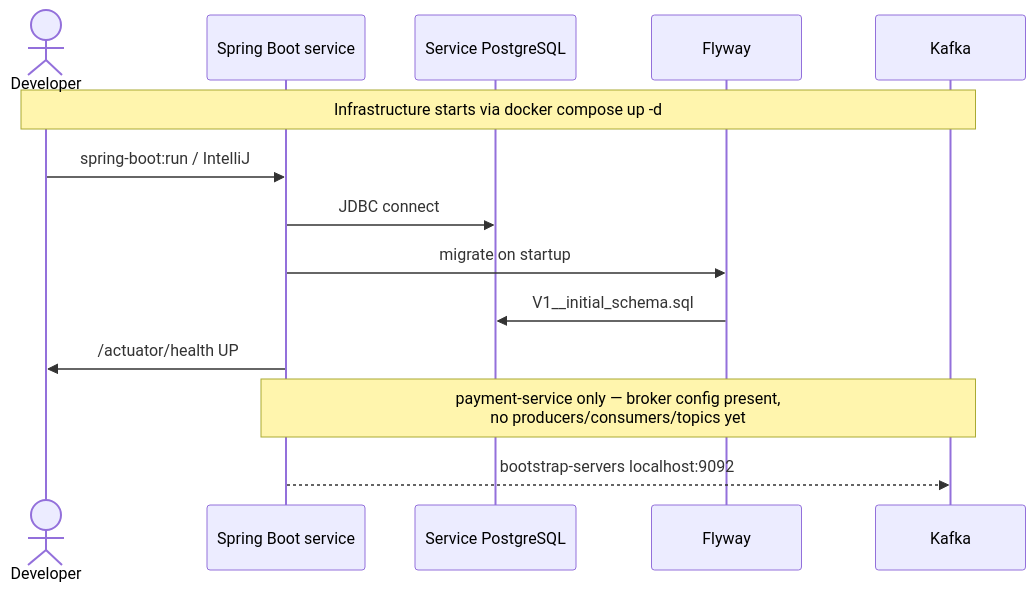
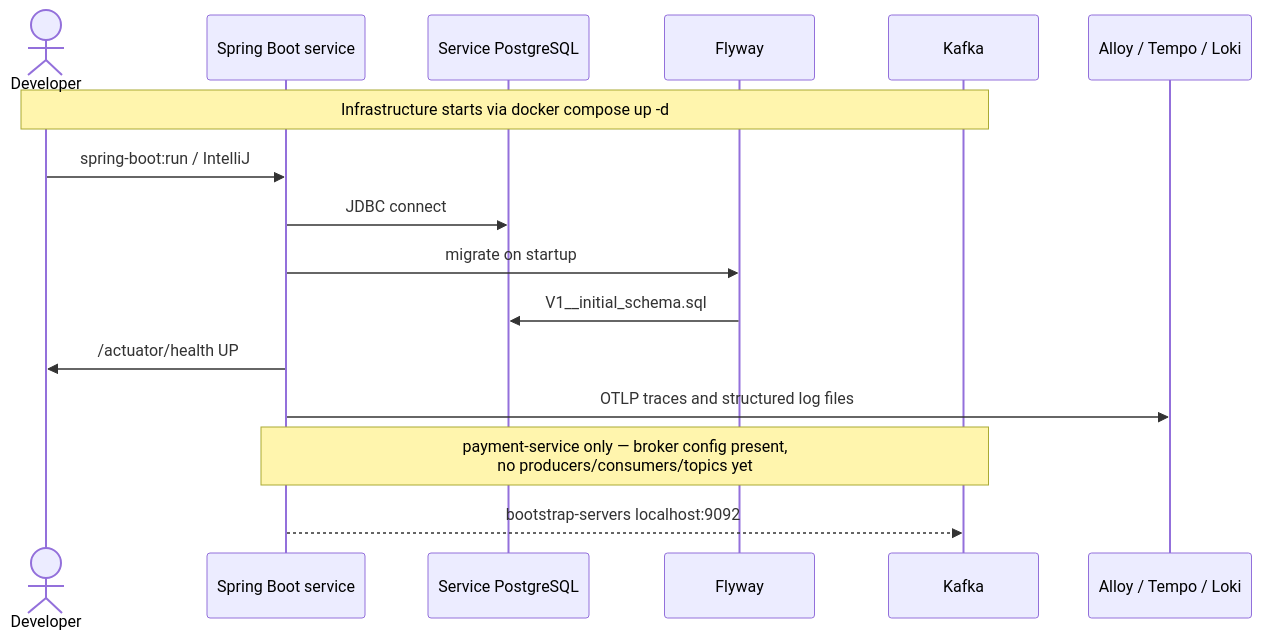
One commit to nirmalnaik/TreasuryHub changed the fourth of 7 diagrams in docs/architecture-diagram.md. Above: the diagram before and after it, drawn with Mermaid. The commit also changed other lines of this file and 19 other files, not shown here.

````diff
--- a/docs/architecture-diagram.md
+++ b/docs/architecture-diagram.md
@@ -136,18 +156,20 @@
 ```mermaid
 sequenceDiagram
     actor Dev as Developer
     participant App as Spring Boot service
     participant PG as Service PostgreSQL
     participant FW as Flyway
     participant K as Kafka
+    participant O as Alloy / Tempo / Loki
 
     Note over Dev,K: Infrastructure starts via docker compose up -d
     Dev->>App: spring-boot:run / IntelliJ
     App->>PG: JDBC connect
     App->>FW: migrate on startup
     FW->>PG: V1__initial_schema.sql
     App->>Dev: /actuator/health UP
+    App->>O: OTLP traces and structured log files
 
     Note over App,K: payment-service only — broker config present,<br/>no producers/consumers/topics yet
     App-->>K: bootstrap-servers localhost:9092
 ```
````
